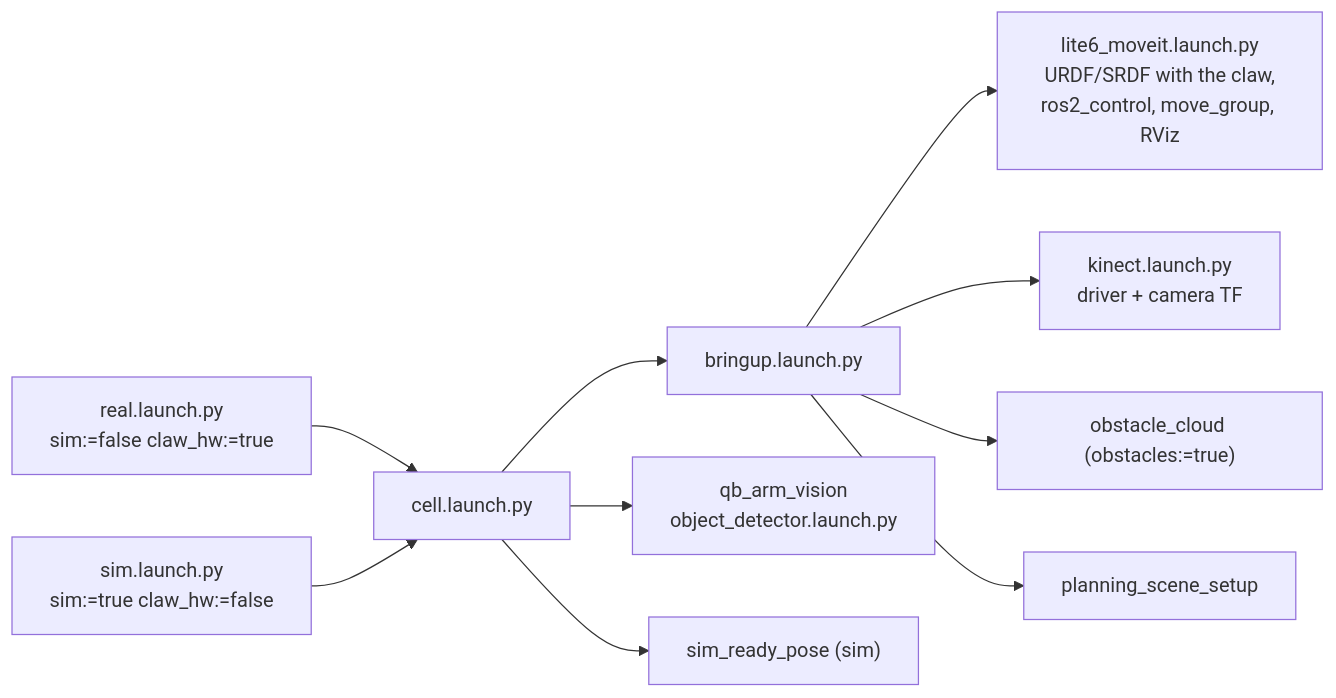
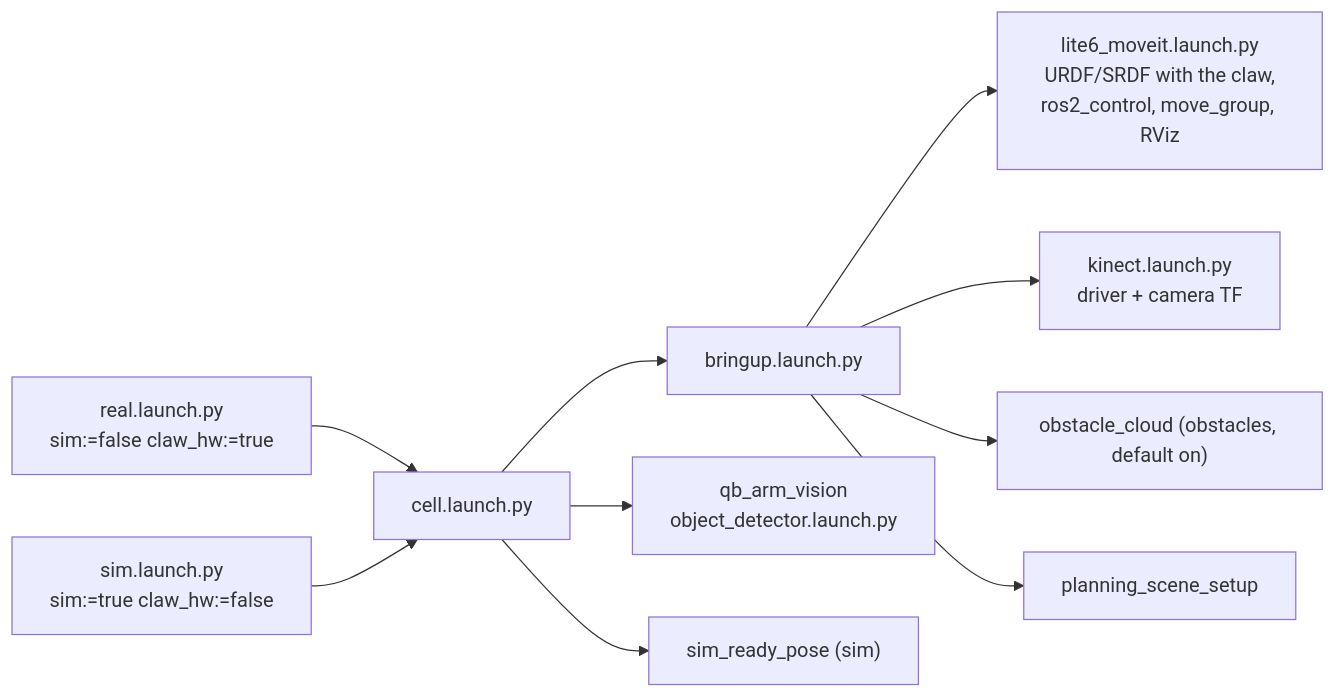
The seventh of 7 diagrams in docs/pages/02-architecture.md (whoobee/qb_arm_install), drawn with Mermaid before and after one commit. The commit also changed other lines of this file and 4 other files, not shown here.

Commit message:
docs: obstacle avoidance on by default, known objects left out, octomap refresh

````diff
--- a/docs/pages/02-architecture.md
+++ b/docs/pages/02-architecture.md
@@ -240,12 +242,12 @@
 ```mermaid
 flowchart LR
     real["real.launch.py<br/>sim:=false claw_hw:=true"] --> cellL["cell.launch.py"]
     sim["sim.launch.py<br/>sim:=true claw_hw:=false"] --> cellL
     cellL --> bring["bringup.launch.py"]
     cellL --> odl["qb_arm_vision<br/>object_detector.launch.py"]
     cellL --> srp["sim_ready_pose (sim)"]
     bring --> lm["lite6_moveit.launch.py<br/>URDF/SRDF with the claw,<br/>ros2_control, move_group, RViz"]
     bring --> kin["kinect.launch.py<br/>driver + camera TF"]
-    bring --> occ["obstacle_cloud (obstacles:=true)"]
+    bring --> occ["obstacle_cloud (obstacles, default on)"]
     bring --> pss["planning_scene_setup"]
 ```
````
